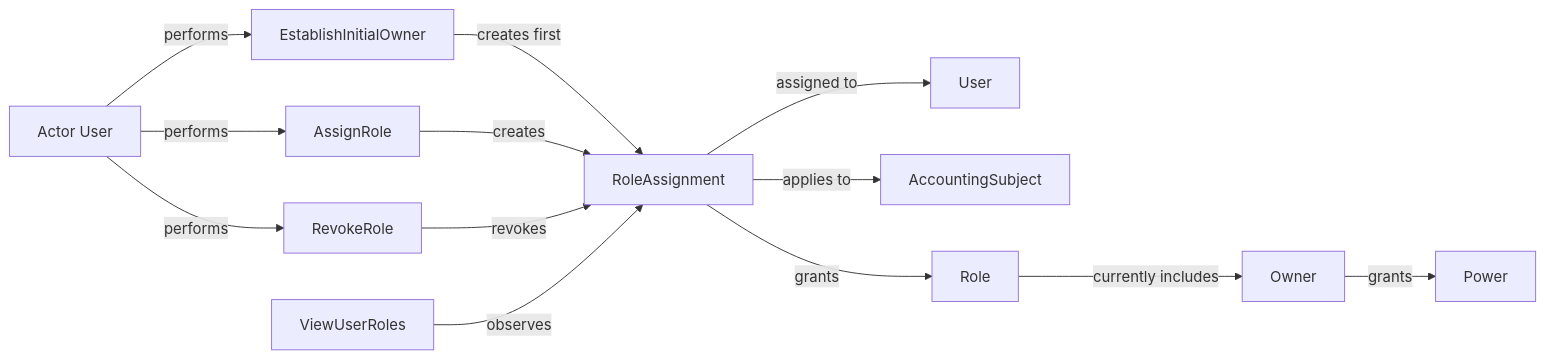
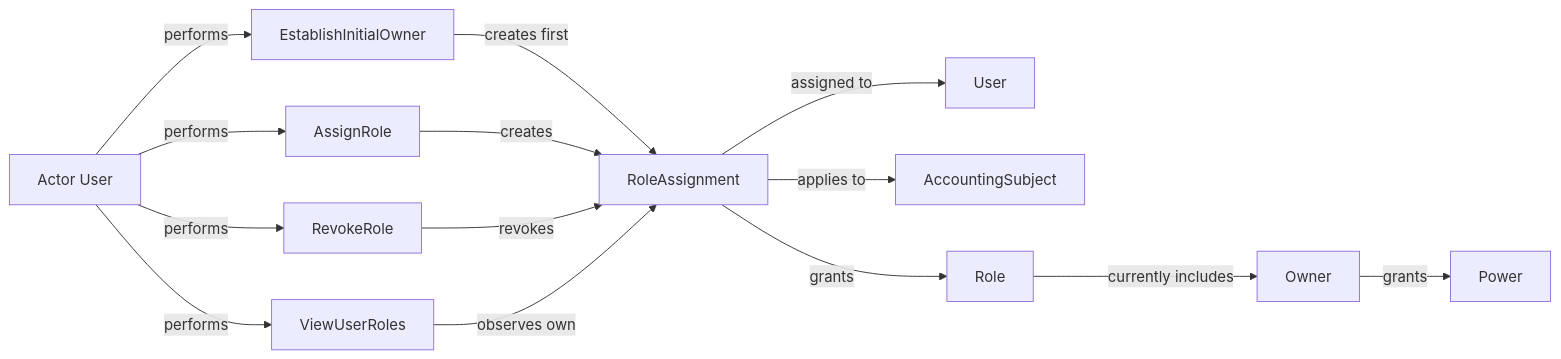
Before and after one commit to runemalm/acc-dotnet: the diagram in src/ACC.Authority/README.md, drawn with Mermaid. The commit also changed other lines of this file and 138 other files, not shown here.

````diff
--- a/src/ACC.Authority/README.md
+++ b/src/ACC.Authority/README.md
@@ -13,30 +13,31 @@
 ```mermaid
 flowchart LR
 
     AssignRole["AssignRole"]
     EstablishInitialOwner["EstablishInitialOwner"]
     RevokeRole["RevokeRole"]
     ViewUserRoles["ViewUserRoles"]
 
     RoleAssignment["RoleAssignment"]
     User["User"]
     Actor["Actor User"]
     AccountingSubject["AccountingSubject"]
     Role["Role"]
     Power["Power"]
     Owner["Owner"]
 
     EstablishInitialOwner -->|creates first| RoleAssignment
     AssignRole -->|creates| RoleAssignment
     RevokeRole -->|revokes| RoleAssignment
     Actor -->|performs| AssignRole
     Actor -->|performs| EstablishInitialOwner
     Actor -->|performs| RevokeRole
-    ViewUserRoles -->|observes| RoleAssignment
+    Actor -->|performs| ViewUserRoles
+    ViewUserRoles -->|observes own| RoleAssignment
 
     RoleAssignment -->|assigned to| User
     RoleAssignment -->|applies to| AccountingSubject
     RoleAssignment -->|grants| Role
     Role -->|currently includes| Owner
     Owner -->|grants| Power
 ```
````
